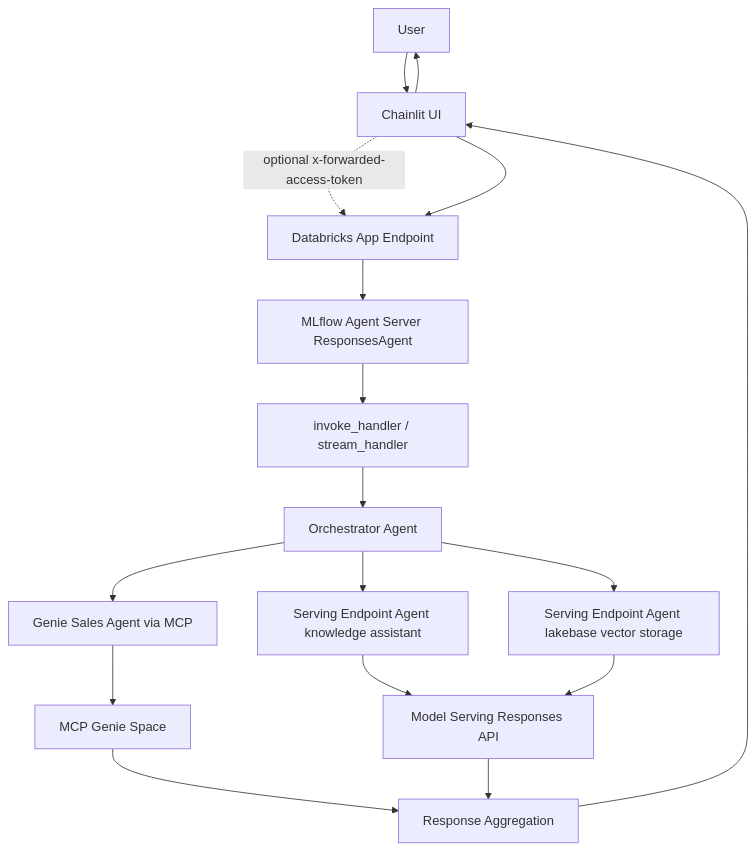
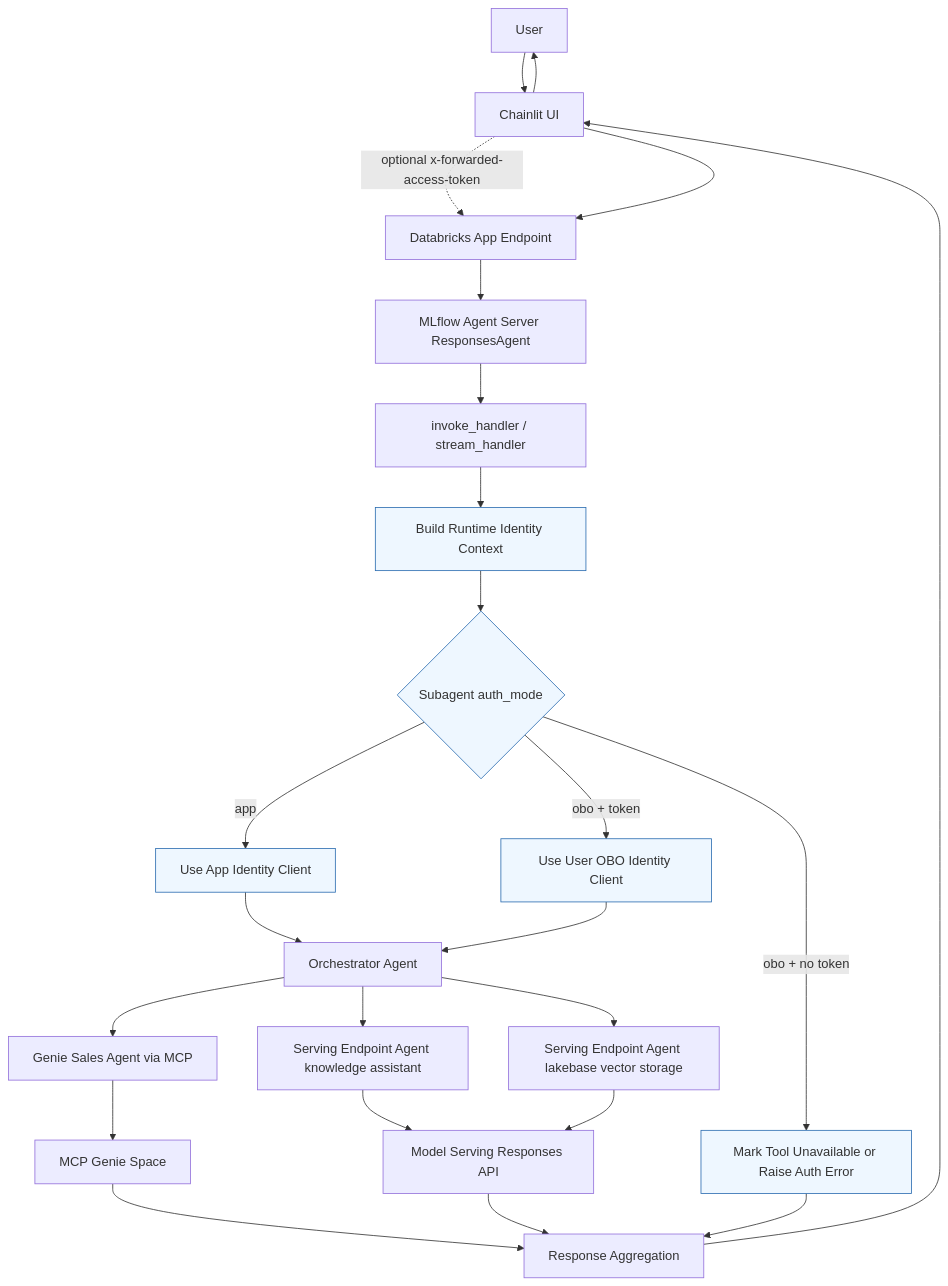
The second of 2 diagrams in docs/architecture.md (wchen-dea/Multi-Agent-App-On-Databricks), drawn with Mermaid before and after one commit. The commit also changed other lines of this file, not shown here.

````diff
--- a/docs/architecture.md
+++ b/docs/architecture.md
@@ -124,23 +136,33 @@
 ```mermaid
 flowchart TD
     U[User]
     U --> UI[Chainlit UI]
     UI -.optional x-forwarded-access-token.-> APP
     UI --> APP[Databricks App Endpoint]
     APP --> S[MLflow Agent Server ResponsesAgent]
     S --> H[invoke_handler / stream_handler]
-    H --> O[Orchestrator Agent]
+    H --> C[Build Runtime Identity Context]
+    C --> D{Subagent auth_mode}
+    D -->|app| AID[Use App Identity Client]
+    D -->|obo + token| OID[Use User OBO Identity Client]
+    D -->|obo + no token| ERR[Mark Tool Unavailable or Raise Auth Error]
+    AID --> O[Orchestrator Agent]
+    OID --> O
 
     O --> G[Genie Sales Agent via MCP]
     O --> K[Serving Endpoint Agent knowledge assistant]
     O --> L[Serving Endpoint Agent lakebase vector storage]
 
     G --> M[MCP Genie Space]
     K --> R1[Model Serving Responses API]
     L --> R1
 
     M --> R[Response Aggregation]
     R1 --> R
+    ERR --> R
     R --> UI
     UI --> U
+
+    classDef auth fill:#eef7ff,stroke:#2b6cb0,stroke-width:1px;
+    class C,D,AID,OID,ERR auth;
 ```
````
